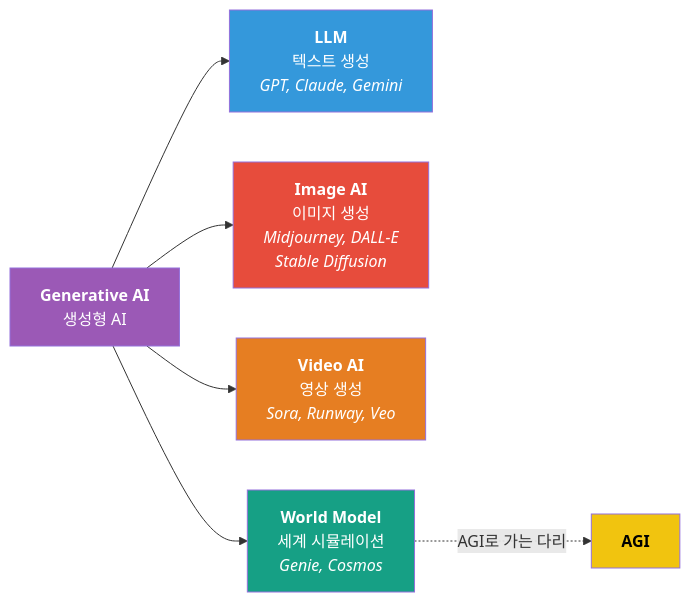
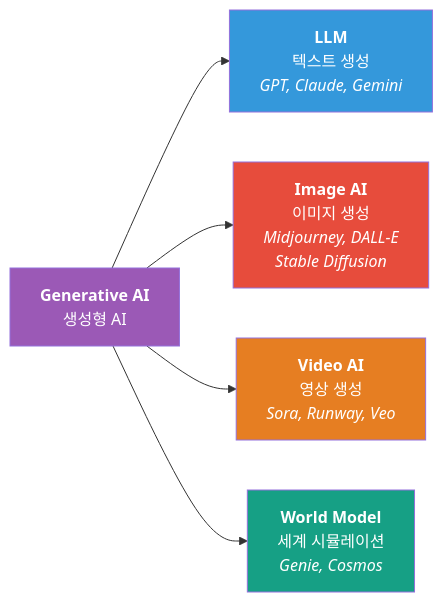
The second of 9 diagrams in docs/Part0_AI_용어_개념정리.md (SeolMuah/text-analysis-llm), drawn with Mermaid before and after one commit. The commit also changed other lines of this file and 1 other file, not shown here.

````diff
--- a/docs/Part0_AI_용어_개념정리.md
+++ b/docs/Part0_AI_용어_개념정리.md
@@ -87,16 +88,14 @@
 ```mermaid
 flowchart LR
     GenAI["<b>Generative AI</b><br/>생성형 AI"]
     GenAI --> LLM["<b>LLM</b><br/>텍스트 생성<br/><i>GPT, Claude, Gemini</i>"]
     GenAI --> Image["<b>Image AI</b><br/>이미지 생성<br/><i>Midjourney, DALL-E<br/>Stable Diffusion</i>"]
     GenAI --> Video["<b>Video AI</b><br/>영상 생성<br/><i>Sora, Runway, Veo</i>"]
     GenAI --> World["<b>World Model</b><br/>세계 시뮬레이션<br/><i>Genie, Cosmos</i>"]
-    World -.->|"AGI로 가는 다리"| AGI["<b>AGI</b>"]
 
     style GenAI fill:#9B59B6,color:#fff
     style LLM fill:#3498DB,color:#fff
     style Image fill:#E74C3C,color:#fff
     style Video fill:#E67E22,color:#fff
     style World fill:#16A085,color:#fff
-    style AGI fill:#F1C40F,color:#000
 ```
````
